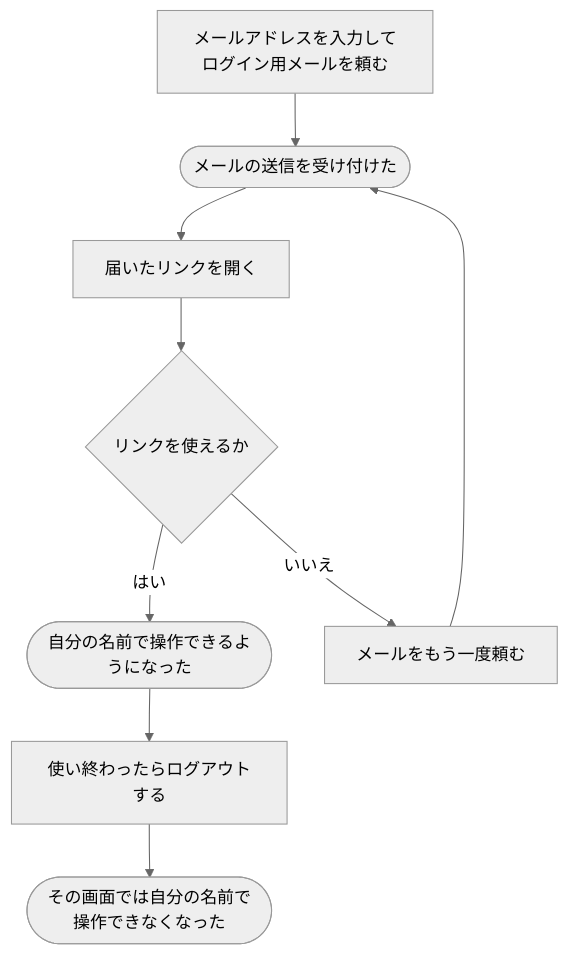
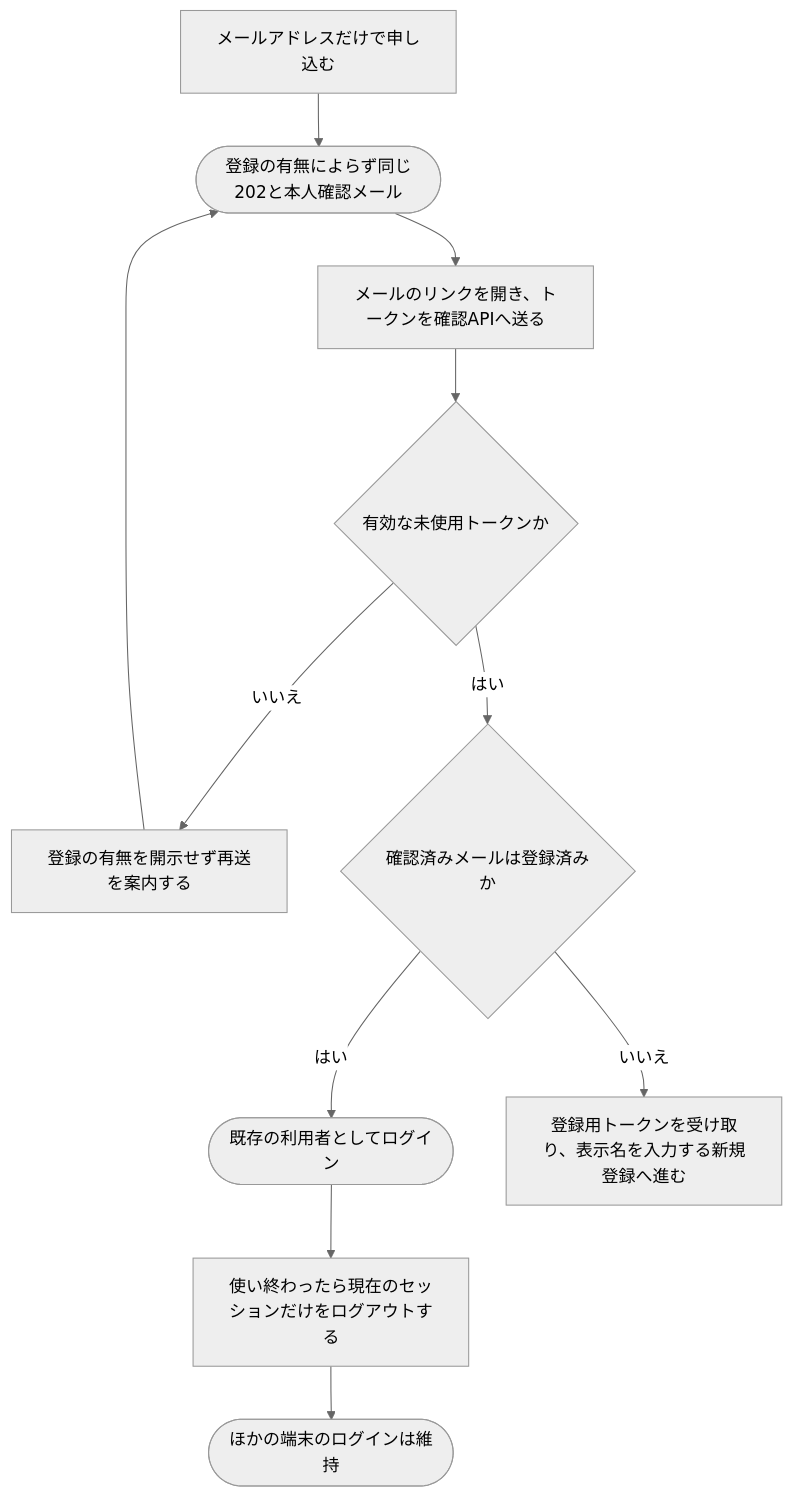
Before and after one commit to traP-jp/traOJudge: the diagram in docs/requirements/scenarios/authentication/sign-in-and-out.md, drawn with Mermaid (neutral theme). The commit also changed other lines of this file and 36 other files, not shown here.

First line of the commit message:
feat(authentication): Update email change and registration flows

````diff
--- a/docs/requirements/scenarios/authentication/sign-in-and-out.md
+++ b/docs/requirements/scenarios/authentication/sign-in-and-out.md
@@ -25,11 +25,13 @@
 ```mermaid
 flowchart TD
-    A["メールアドレスを入力してログイン用メールを頼む"] --> B(["メールの送信を受け付けた"])
-    B --> C["届いたリンクを開く"]
-    C --> D{"リンクを使えるか"}
-    D -->|はい| E(["自分の名前で操作できるようになった"])
-    E --> F["使い終わったらログアウトする"]
-    F --> G(["その画面では自分の名前で操作できなくなった"])
-    D -->|いいえ| H["メールをもう一度頼む"]
+    A["メールアドレスだけで申し込む"] --> B(["登録の有無によらず同じ202と本人確認メール"])
+    B --> C["メールのリンクを開き、トークンを確認APIへ送る"]
+    C --> D{"有効な未使用トークンか"}
+    D -->|いいえ| H["登録の有無を開示せず再送を案内する"]
+    D -->|はい| R{"確認済みメールは登録済みか"}
+    R -->|はい| E(["既存の利用者としてログイン"])
+    R -->|いいえ| N["登録用トークンを受け取り、表示名を入力する新規登録へ進む"]
+    E --> F["使い終わったら現在のセッションだけをログアウトする"]
+    F --> G(["ほかの端末のログインは維持"])
     H --> B
 ```
````
